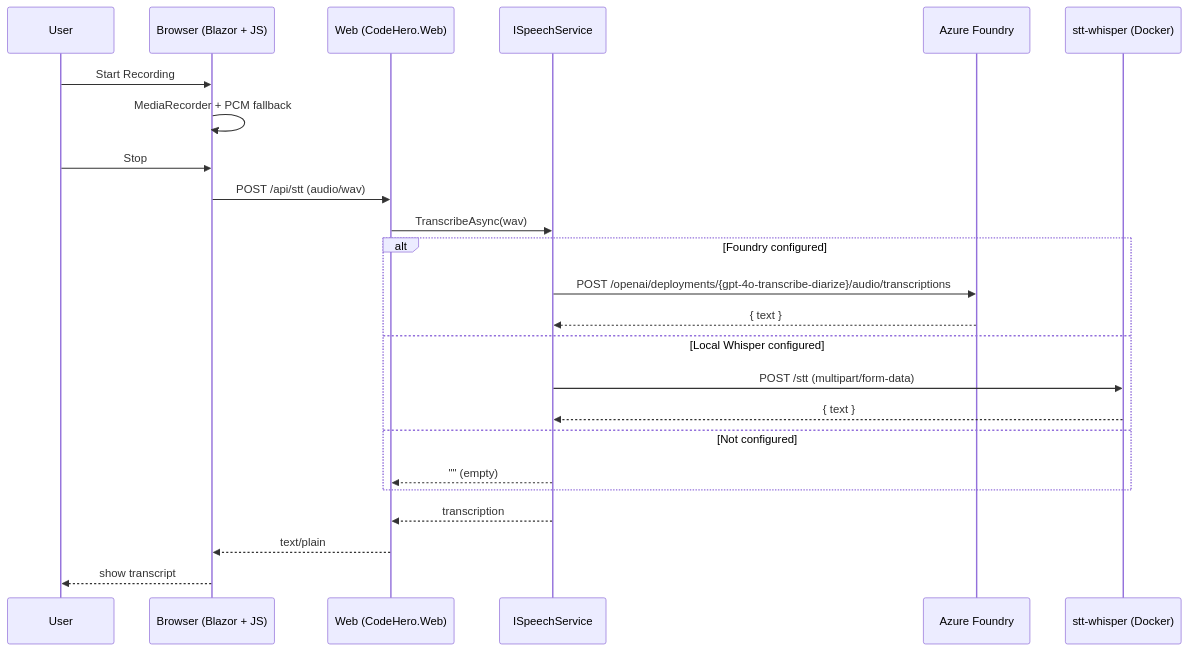
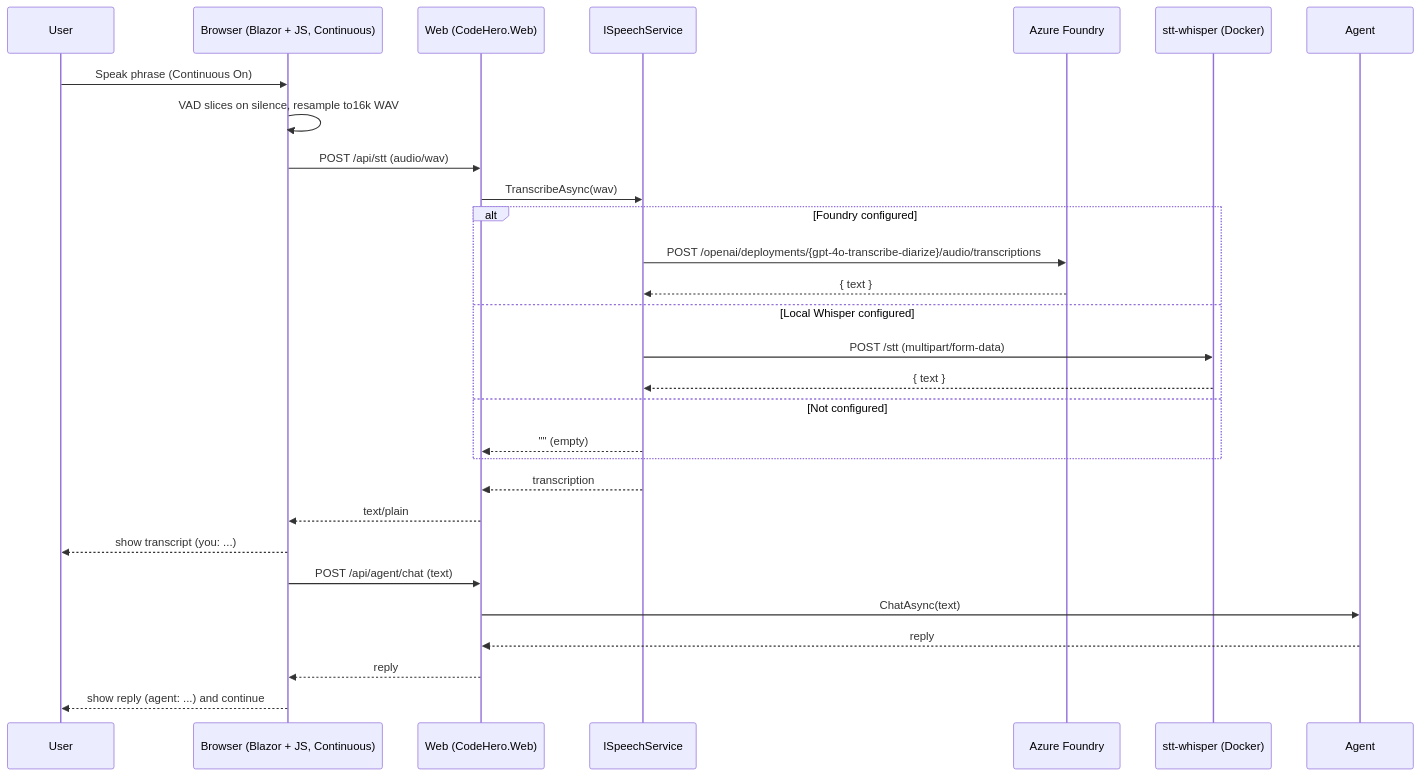
Before and after one commit to GrantMill/CodeHero: the diagram in docs/architecture/sequence-stt.mmd, drawn with Mermaid. The commit also changed 6 other files, not shown here.

```diff
--- a/docs/architecture/sequence-stt.mmd
+++ b/docs/architecture/sequence-stt.mmd
@@ -1,25 +1,30 @@
 sequenceDiagram
   participant User
-  participant Browser as Browser (Blazor + JS)
+  participant Browser as Browser (Blazor + JS, Continuous)
   participant Web as Web (CodeHero.Web)
   participant Speech as ISpeechService
   participant Foundry as Azure Foundry
   participant Whisper as stt-whisper (Docker)
 
-  User->>Browser: Start Recording
-  Browser->>Browser: MediaRecorder + PCM fallback
-  User->>Browser: Stop
+  User->>Browser: Speak phrase (Continuous On)
+  Browser->>Browser: VAD slices on silence, resample to16k WAV
   Browser->>Web: POST /api/stt (audio/wav)
   Web->>Speech: TranscribeAsync(wav)
   alt Foundry configured
     Speech->>Foundry: POST /openai/deployments/{gpt-4o-transcribe-diarize}/audio/transcriptions
     Foundry-->>Speech: { text }
   else Local Whisper configured
     Speech->>Whisper: POST /stt (multipart/form-data)
     Whisper-->>Speech: { text }
   else Not configured
     Speech-->>Web: "" (empty)
   end
   Speech-->>Web: transcription
   Web-->>Browser: text/plain
-  Browser-->>User: show transcript
+  Browser-->>User: show transcript (you: ...)
+
+  Browser->>Web: POST /api/agent/chat (text)
+  Web->>Agent: ChatAsync(text)
+  Agent-->>Web: reply
+  Web-->>Browser: reply
+  Browser-->>User: show reply (agent: ...) and continue
```
